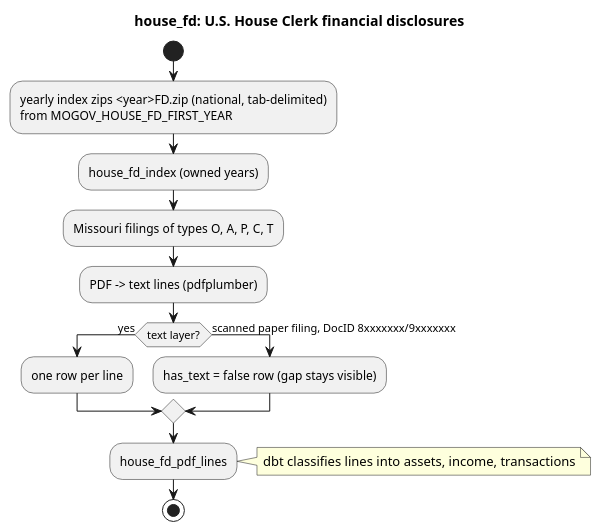
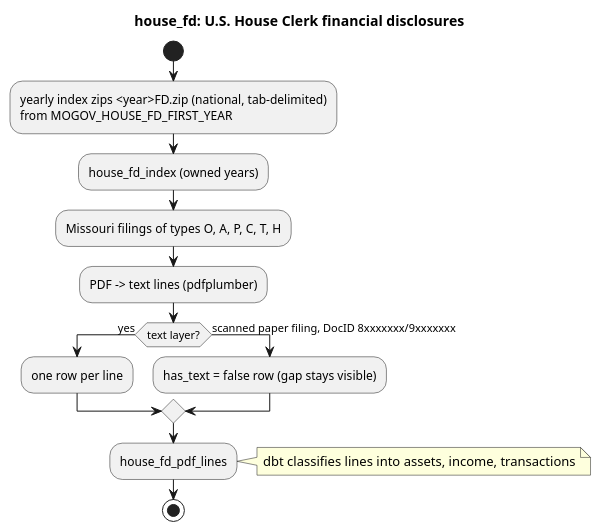
Before and after one commit to akettmann/missouri_gov_feed: the diagram in docs/diagrams/sources/house_fd.puml, drawn with PlantUML. The commit also changed 3 other files, not shown here.

Commit message:
house_fd: describe H as the New Filer Report, add H to diagram (#559)

```diff
--- a/docs/diagrams/sources/house_fd.puml
+++ b/docs/diagrams/sources/house_fd.puml
@@ -1,17 +1,17 @@
 @startuml house_fd
 title house_fd: U.S. House Clerk financial disclosures
 start
 :yearly index zips <year>FD.zip (national, tab-delimited)
 from MOGOV_HOUSE_FD_FIRST_YEAR;
 :house_fd_index (owned years);
-:Missouri filings of types O, A, P, C, T;
+:Missouri filings of types O, A, P, C, T, H;
 :PDF -> text lines (pdfplumber);
 if (text layer?) then (yes)
   :one row per line;
 else (scanned paper filing, DocID 8xxxxxxx/9xxxxxxx)
   :has_text = false row (gap stays visible);
 endif
 :house_fd_pdf_lines;
 note right: dbt classifies lines into assets, income, transactions
 stop
 @enduml
```
